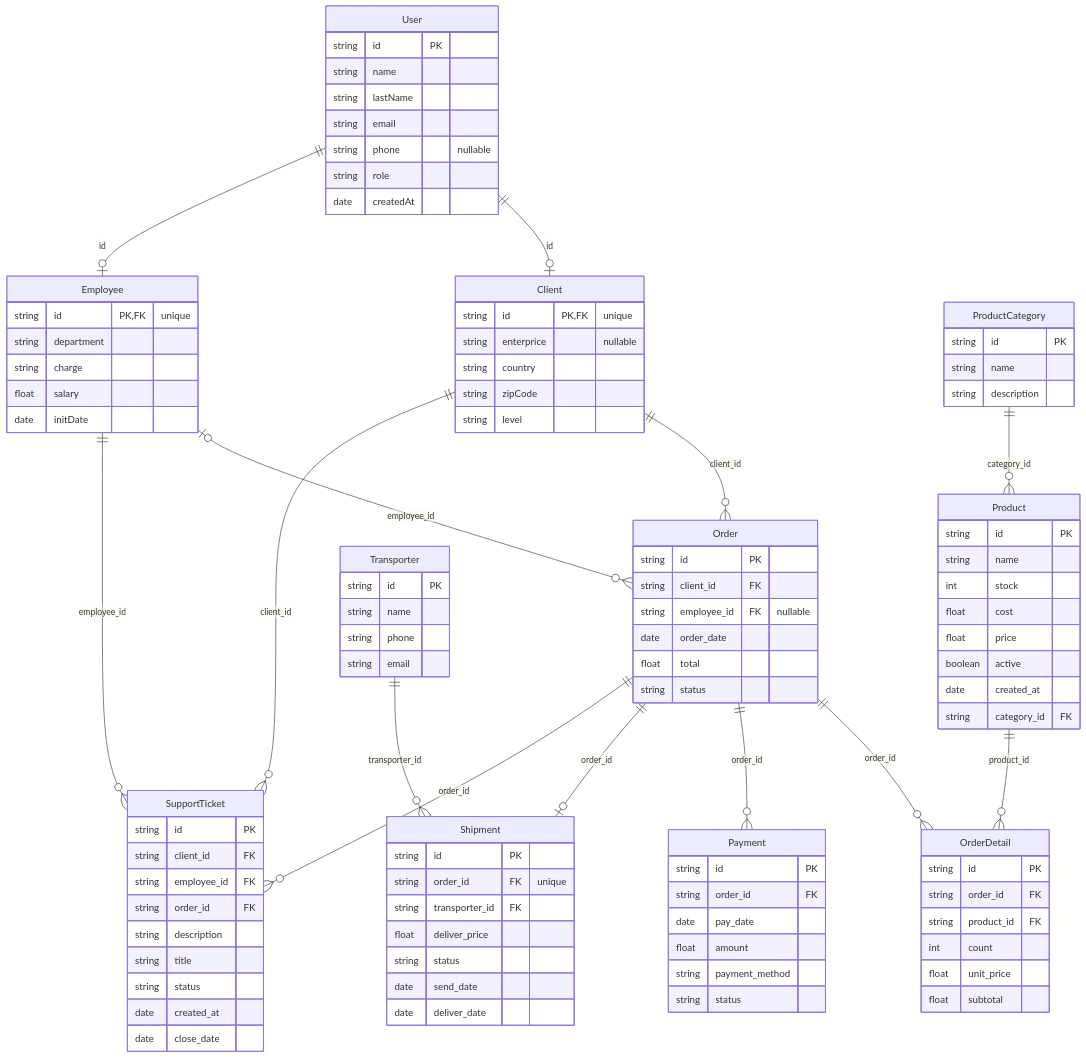
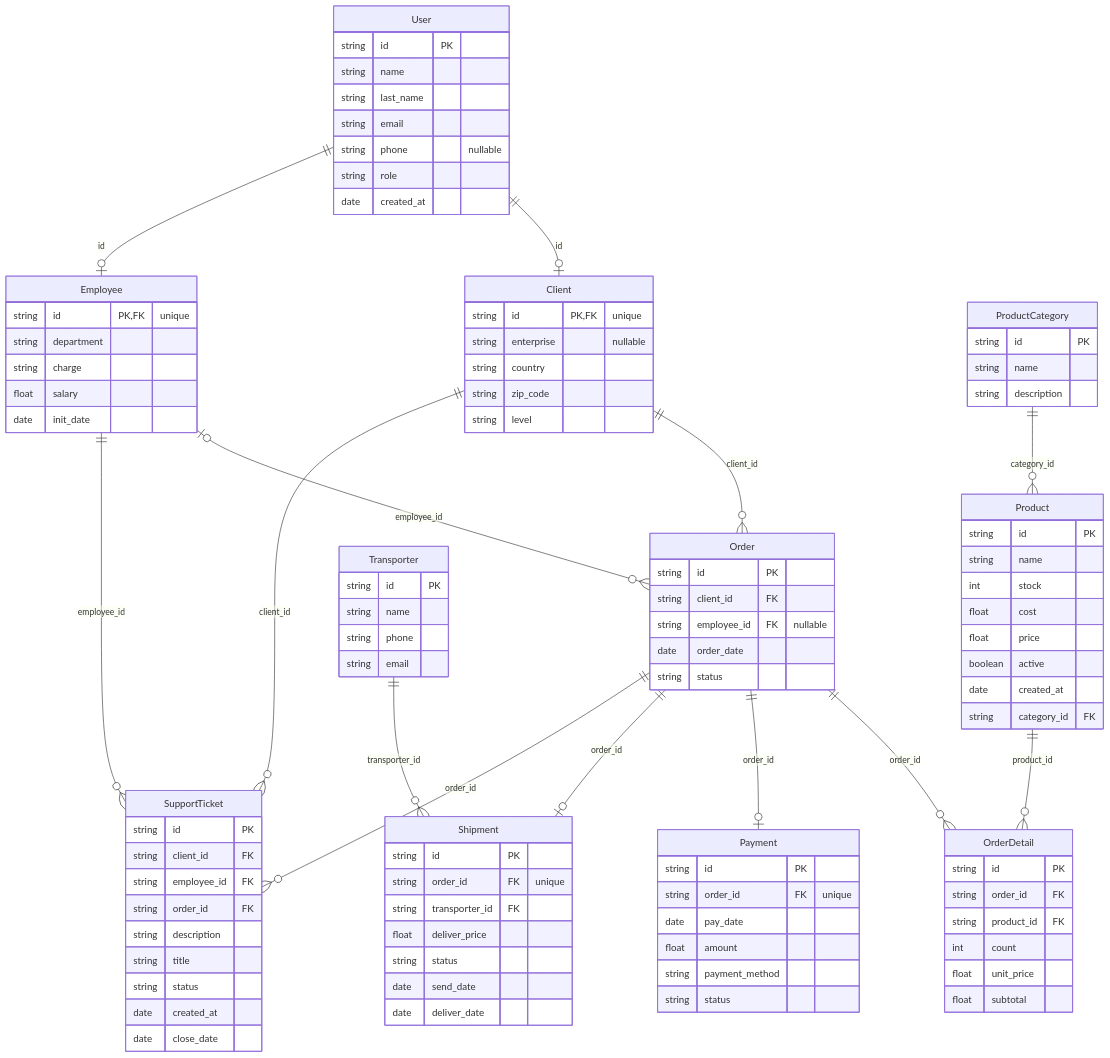
The diagram in test/example-case/ecommerce/schema.md (hgomezrobaina/chaca), drawn with Mermaid before and after one commit. The commit also changed other lines of this file and 10 other files, not shown here.

```diff
--- a/test/example-case/ecommerce/schema.md
+++ b/test/example-case/ecommerce/schema.md
@@ -8,9 +8,9 @@
 erDiagram
     Client {
         string id PK, FK "unique"
-        string enterprice "nullable"
+        string enterprise "nullable"
         string country
-        string zipCode
+        string zip_code
         string level
     }
     Employee {
@@ -18,7 +18,7 @@
         string department
         string charge
         float salary
-        date initDate
+        date init_date
     }
     OrderDetail {
         string id PK
@@ -33,12 +33,11 @@
         string client_id FK
         string employee_id FK "nullable"
         date order_date
-        float total
         string status
     }
     Payment {
         string id PK
-        string order_id FK
+        string order_id FK "unique"
         date pay_date
         float amount
         string payment_method
@@ -88,11 +87,11 @@
     User {
         string id PK
         string name
-        string lastName
+        string last_name
         string email
         string phone "nullable"
         string role
-        date createdAt
+        date created_at
     }
     User ||--o| Client : id
     User ||--o| Employee : id
@@ -100,7 +99,7 @@
     Product ||--o{ OrderDetail : product_id
     Client ||--o{ Order : client_id
     Employee |o--o{ Order : employee_id
-    Order ||--o{ Payment : order_id
+    Order ||--o| Payment : order_id
     ProductCategory ||--o{ Product : category_id
     Order ||--o| Shipment : order_id
     Transporter ||--o{ Shipment : transporter_id
```
